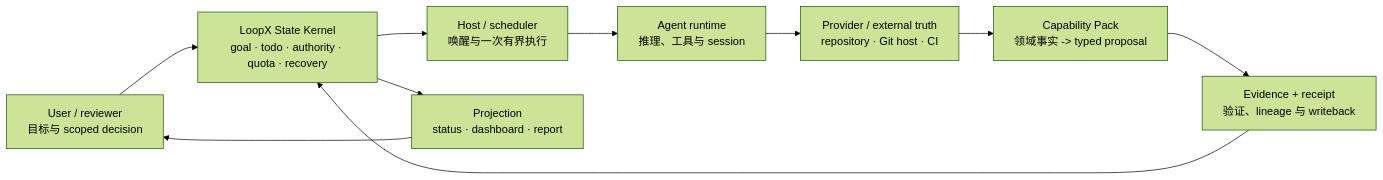
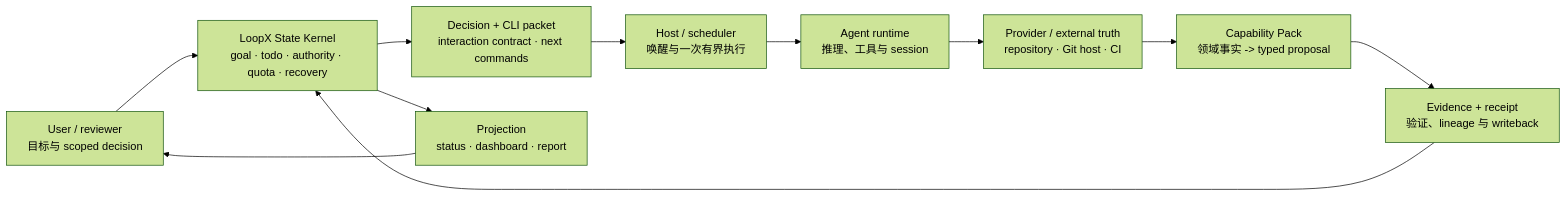
One commit to liubf21/loopx changed the diagram in docs/development/control-plane-course/concept-primer.md. Above: the diagram before and after it, drawn with Mermaid (forest theme). The commit also changed other lines of this file and 7 other files, not shown here.

````diff
--- a/docs/development/control-plane-course/concept-primer.md
+++ b/docs/development/control-plane-course/concept-primer.md
@@ -34,21 +113,23 @@
 ```mermaid
 flowchart LR
   U["User / reviewer<br/>目标与 scoped decision"]
   K["LoopX State Kernel<br/>goal · todo · authority · quota · recovery"]
+  I["Decision + CLI packet<br/>interaction contract · next commands"]
   C["Capability Pack<br/>领域事实 -> typed proposal"]
   H["Host / scheduler<br/>唤醒与一次有界执行"]
   A["Agent runtime<br/>推理、工具与 session"]
   P["Provider / external truth<br/>repository · Git host · CI"]
   E["Evidence + receipt<br/>验证、lineage 与 writeback"]
   V["Projection<br/>status · dashboard · report"]
 
   U --> K
-  K --> H
+  K --> I
+  I --> H
   H --> A
   A --> P
   P --> C
   C --> E
   E --> K
   K --> V
   V --> U
 ```
````
